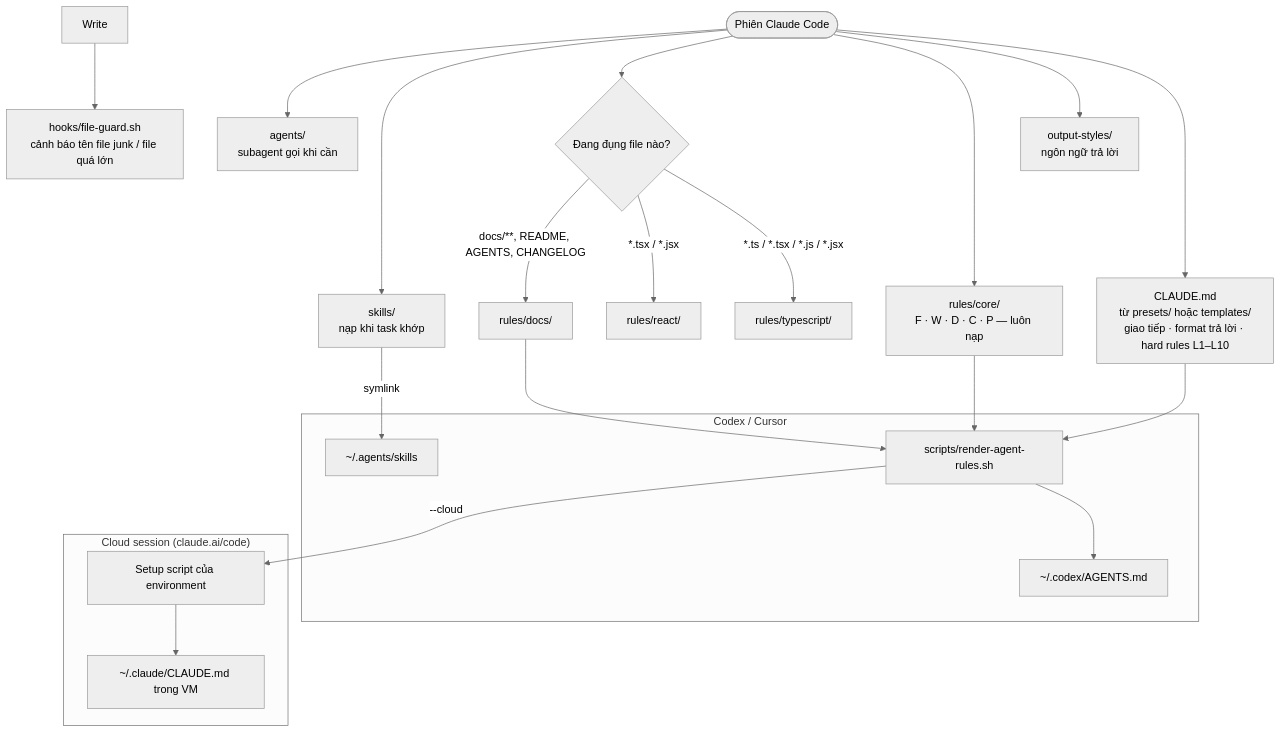
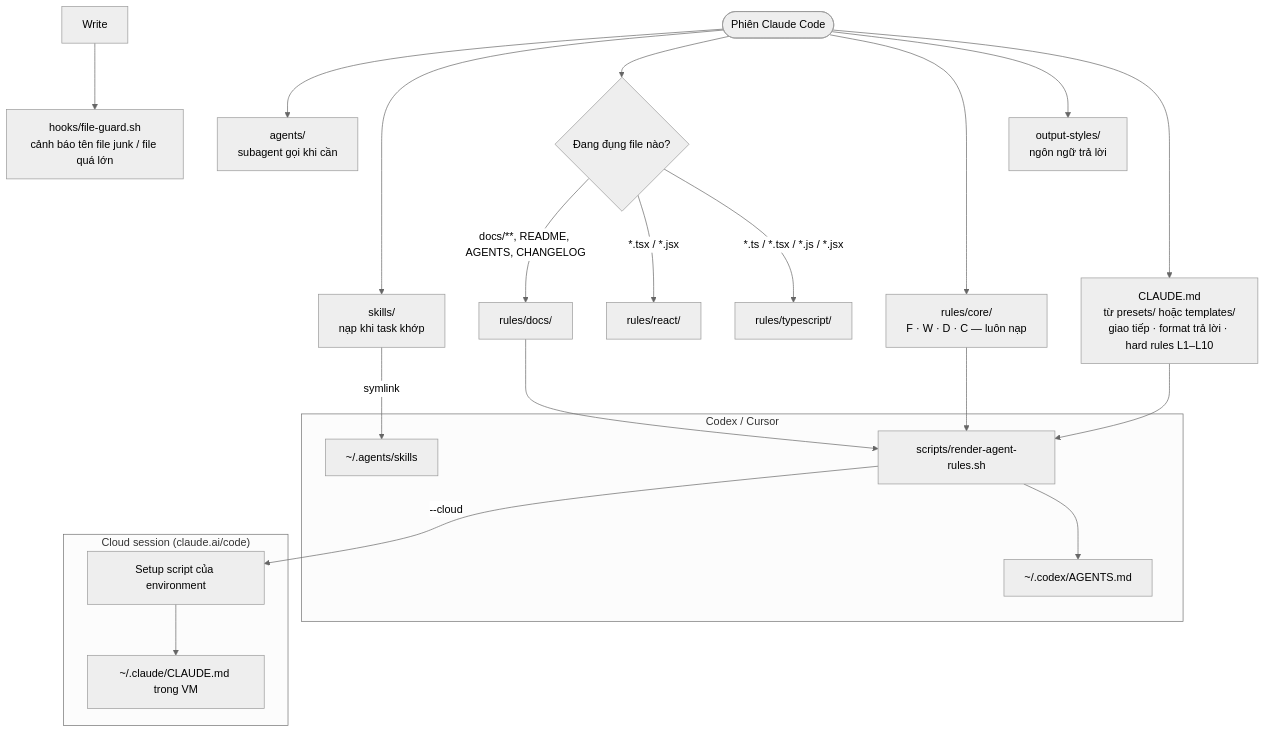
One commit to mxrsv/agents-skills changed the diagram in README.md. Above: the diagram before and after it, drawn with Mermaid (neutral theme). The commit also changed other lines of this file and 2 other files, not shown here.

Commit message:
fix(docs): drop deleted patterns pack from READMEs and Proactive label stutter
Claude-Session: https://claude.ai/code/session_012SUrD1tt7YZ5v43GUQVjyc

````diff
--- a/README.md
+++ b/README.md
@@ -7,23 +7,23 @@
 ```mermaid
 flowchart TD
     S([Phiên Claude Code]) --> A["CLAUDE.md<br/>từ presets/ hoặc templates/<br/>giao tiếp · format trả lời · hard rules L1–L10"]
     S --> O["output-styles/<br/>ngôn ngữ trả lời"]
-    S --> C["rules/core/<br/>F · W · D · C · P — luôn nạp"]
+    S --> C["rules/core/<br/>F · W · D · C — luôn nạp"]
     S --> T{"Đang đụng file nào?"}
     T -- "*.ts / *.tsx / *.js / *.jsx" --> TS["rules/typescript/"]
     T -- "*.tsx / *.jsx" --> R["rules/react/"]
     T -- "docs/**, README, AGENTS, CHANGELOG" --> D["rules/docs/"]
     S --> K["skills/<br/>nạp khi task khớp"]
     S --> AG["agents/<br/>subagent gọi khi cần"]
     WR["Write"] --> H["hooks/file-guard.sh<br/>cảnh báo tên file junk / file quá lớn"]
     subgraph CX["Codex / Cursor"]
         G["scripts/render-agent-rules.sh"] --> X["~/.codex/AGENTS.md"]
         L["~/.agents/skills"]
     end
     subgraph CL["Cloud session (claude.ai/code)"]
         SS["Setup script của environment"] --> CM["~/.claude/CLAUDE.md trong VM"]
     end
     A & C & D --> G
     G -- "--cloud" --> SS
     K -- symlink --> L
 ```
````
